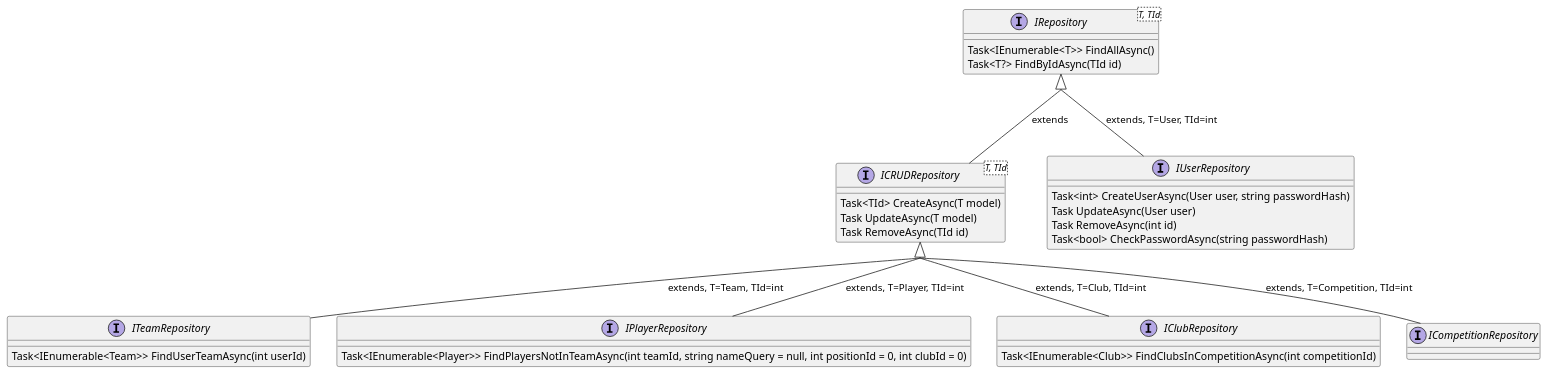
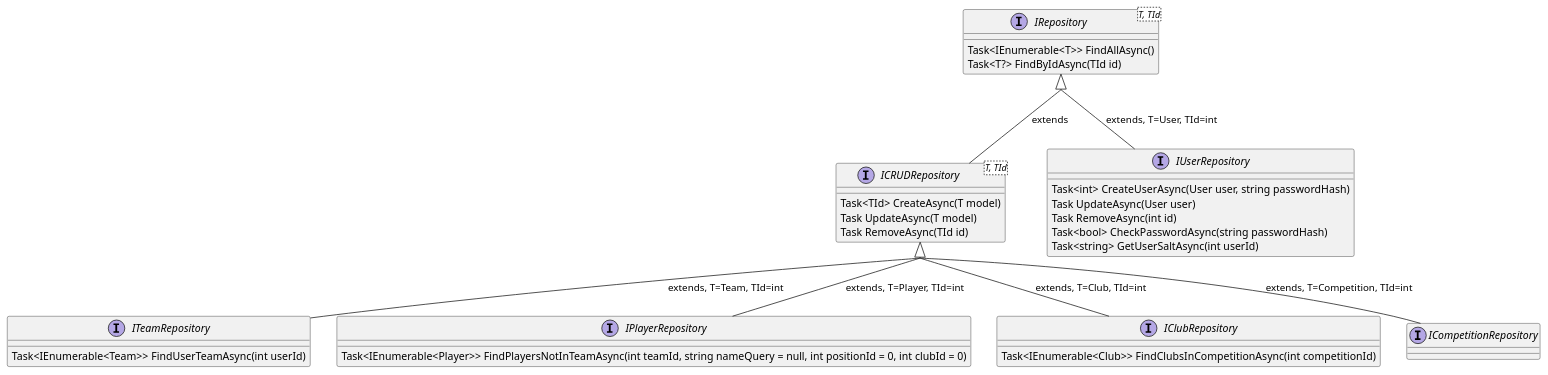
One commit to JKMN-Projects/TeamTactics changed the diagram in docs/Class Diagrams/Infrastructure/Repositories.puml. Above: the diagram before and after it, drawn with PlantUML. The commit also changed 20 other files, not shown here.

```diff
--- a/docs/Class Diagrams/Infrastructure/Repositories.puml
+++ b/docs/Class Diagrams/Infrastructure/Repositories.puml
@@ -1,43 +1,44 @@
 @startuml Repositories
 skinparam groupInheritance 2
 
 interface IRepository<T, TId> {
     Task<IEnumerable<T>> FindAllAsync()
     Task<T?> FindByIdAsync(TId id)
 }
 
 interface ICRUDRepository<T, TId> {
     Task<TId> CreateAsync(T model)
     Task UpdateAsync(T model)
     Task RemoveAsync(TId id)
 }
 IRepository <|-- ICRUDRepository : extends
 
 interface IUserRepository {
     Task<int> CreateUserAsync(User user, string passwordHash)
     Task UpdateAsync(User user)
     Task RemoveAsync(int id)
     Task<bool> CheckPasswordAsync(string passwordHash)
+    Task<string> GetUserSaltAsync(int userId)
 }
 IRepository <|-- IUserRepository : extends, T=User, TId=int
 
 interface ITeamRepository {
     Task<IEnumerable<Team>> FindUserTeamAsync(int userId)
 }
 ICRUDRepository <|-- ITeamRepository : extends, T=Team, TId=int
 
 interface IPlayerRepository {
     Task<IEnumerable<Player>> FindPlayersNotInTeamAsync(int teamId, string nameQuery = null, int positionId = 0, int clubId = 0)
 }
 ICRUDRepository <|-- IPlayerRepository : extends, T=Player, TId=int
 
 interface IClubRepository {
     Task<IEnumerable<Club>> FindClubsInCompetitionAsync(int competitionId)
 }
 ICRUDRepository <|-- IClubRepository : extends, T=Club, TId=int
 
 interface ICompetitionRepository {
 }
 ICRUDRepository <|-- ICompetitionRepository : extends, T=Competition, TId=int
 
 @enduml 
```
